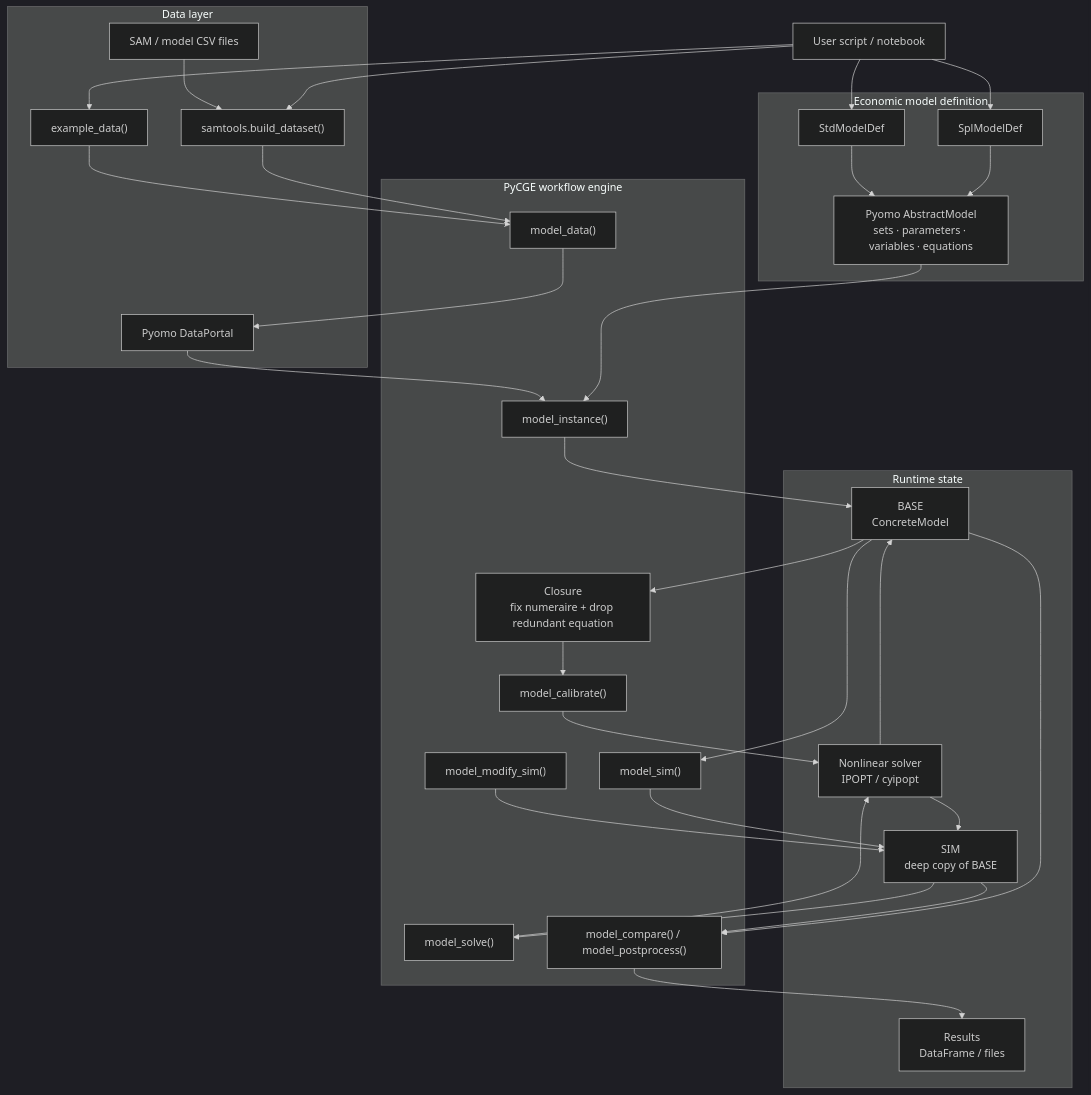
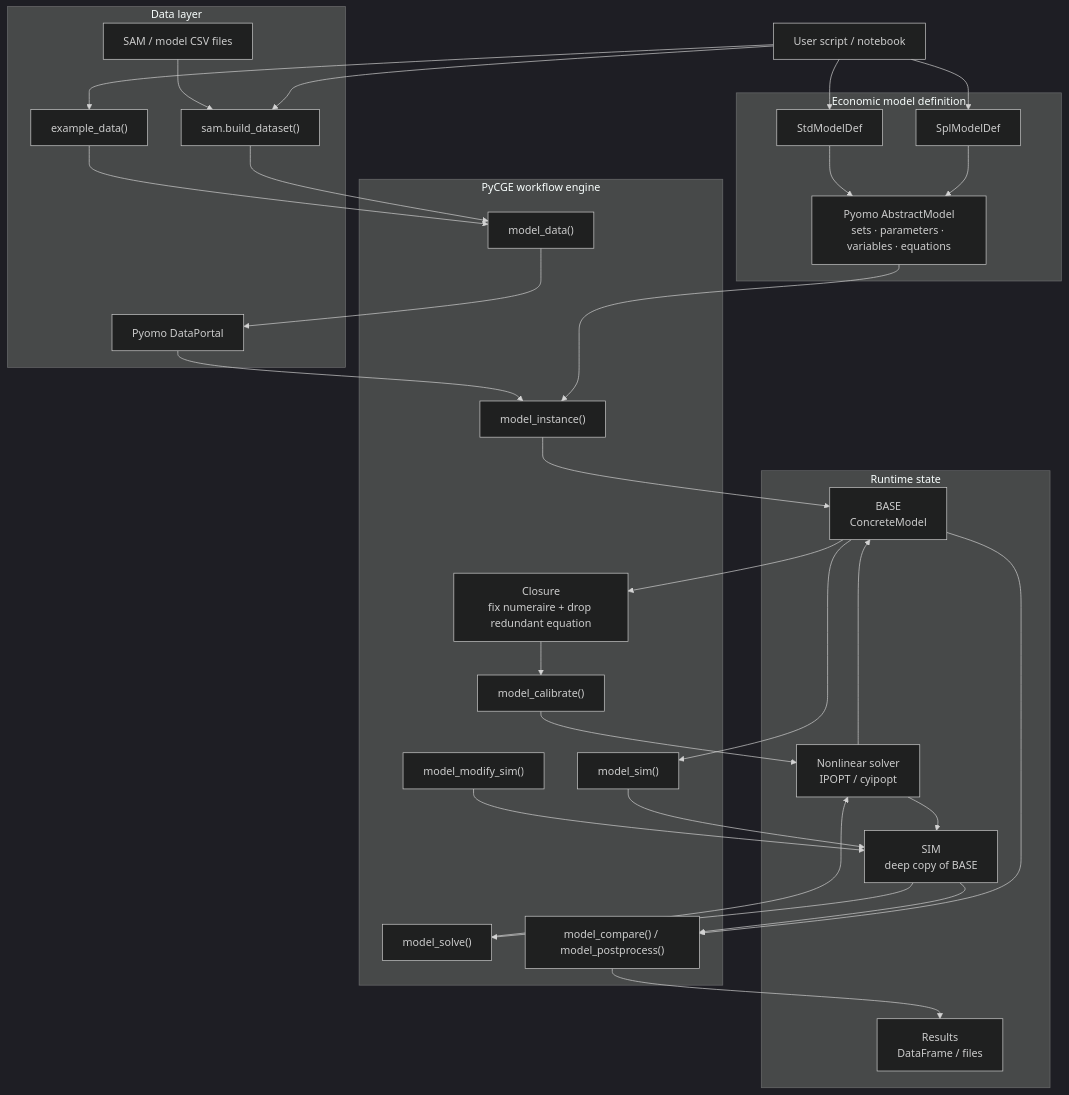
Before and after one commit to miraflor/CGE-core: the diagram in docs/diagrams/pycge-architecture.mmd, drawn with Mermaid (dark theme). The commit also changed 161 other files, not shown here.

```diff
--- a/docs/diagrams/pycge-architecture.mmd
+++ b/docs/diagrams/pycge-architecture.mmd
@@ -1,61 +1,61 @@
 flowchart TB
 
     USER["User script / notebook"]
 
     subgraph INPUT["Data layer"]
         SAM["SAM / model CSV files"]
-        SAMTOOLS["samtools.build_dataset()"]
+        SAMTOOLS["sam.build_dataset()"]
         EXAMPLE["example_data()"]
         DATA["Pyomo DataPortal"]
     end
 
     subgraph DEF["Economic model definition"]
         SPL["SplModelDef"]
         STD["StdModelDef"]
         ABSTRACT["Pyomo AbstractModel<br/>sets · parameters · variables · equations"]
     end
 
     subgraph ENG["PyCGE workflow engine"]
         LOAD["model_data()"]
         INSTANCE["model_instance()"]
         CLOSURE["Closure<br/>fix numeraire + drop redundant equation"]
         CAL["model_calibrate()"]
         CLONE["model_sim()"]
         SHOCK["model_modify_sim()"]
         SOLVE["model_solve()"]
         COMPARE["model_compare() / model_postprocess()"]
     end
 
     subgraph RUN["Runtime state"]
         BASE["BASE<br/>ConcreteModel"]
         SIM["SIM<br/>deep copy of BASE"]
         SOLVER["Nonlinear solver<br/>IPOPT / cyipopt"]
         RESULTS["Results<br/>DataFrame / files"]
     end
 
     USER --> SAMTOOLS
     USER --> EXAMPLE
     USER --> SPL
     USER --> STD
     SAM --> SAMTOOLS
     SAMTOOLS --> LOAD
     EXAMPLE --> LOAD
     LOAD --> DATA
     SPL --> ABSTRACT
     STD --> ABSTRACT
     ABSTRACT --> INSTANCE
     DATA --> INSTANCE
     INSTANCE --> BASE
     BASE --> CLOSURE
     CLOSURE --> CAL
     CAL --> SOLVER
     SOLVER --> BASE
     BASE --> CLONE
     CLONE --> SIM
     SHOCK --> SIM
     SIM --> SOLVE
     SOLVE --> SOLVER
     SOLVER --> SIM
     BASE --> COMPARE
     SIM --> COMPARE
     COMPARE --> RESULTS
```
